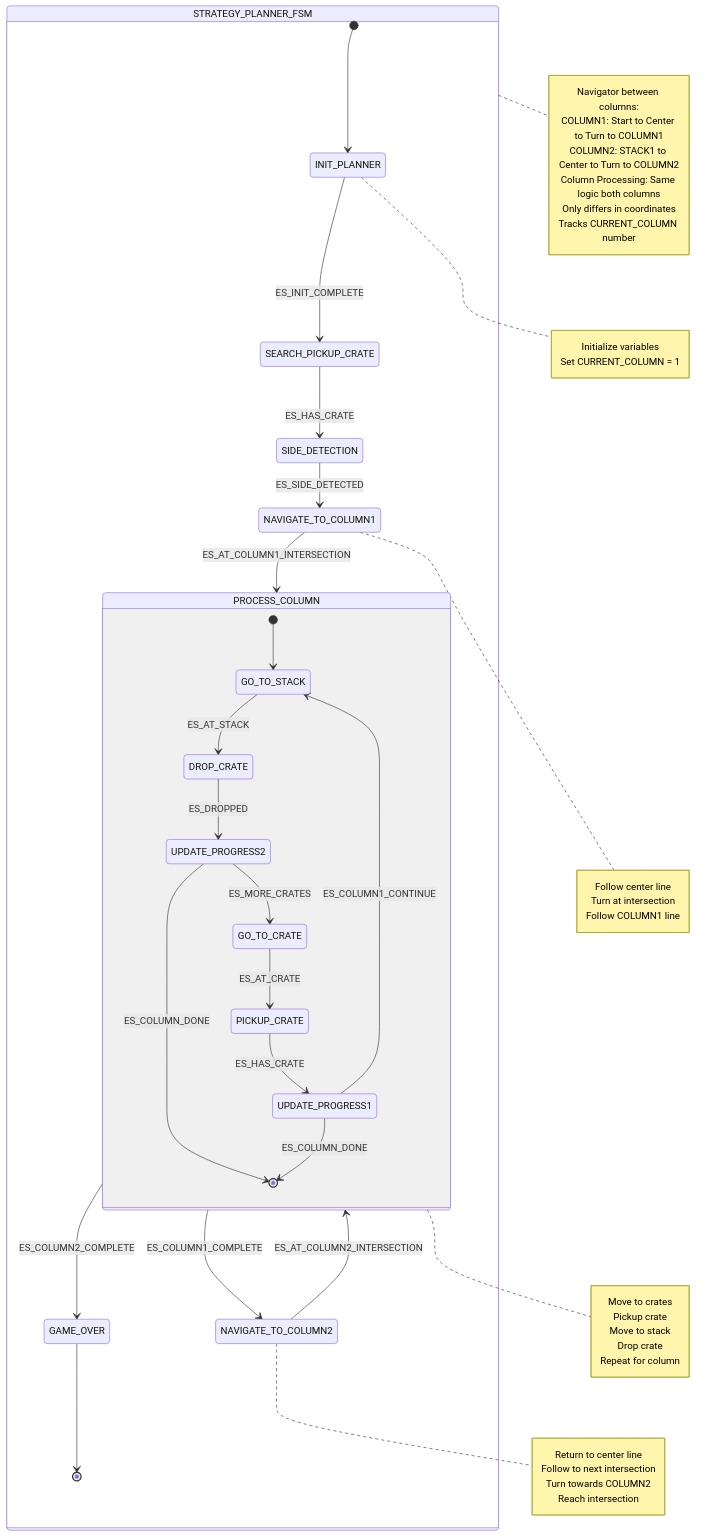
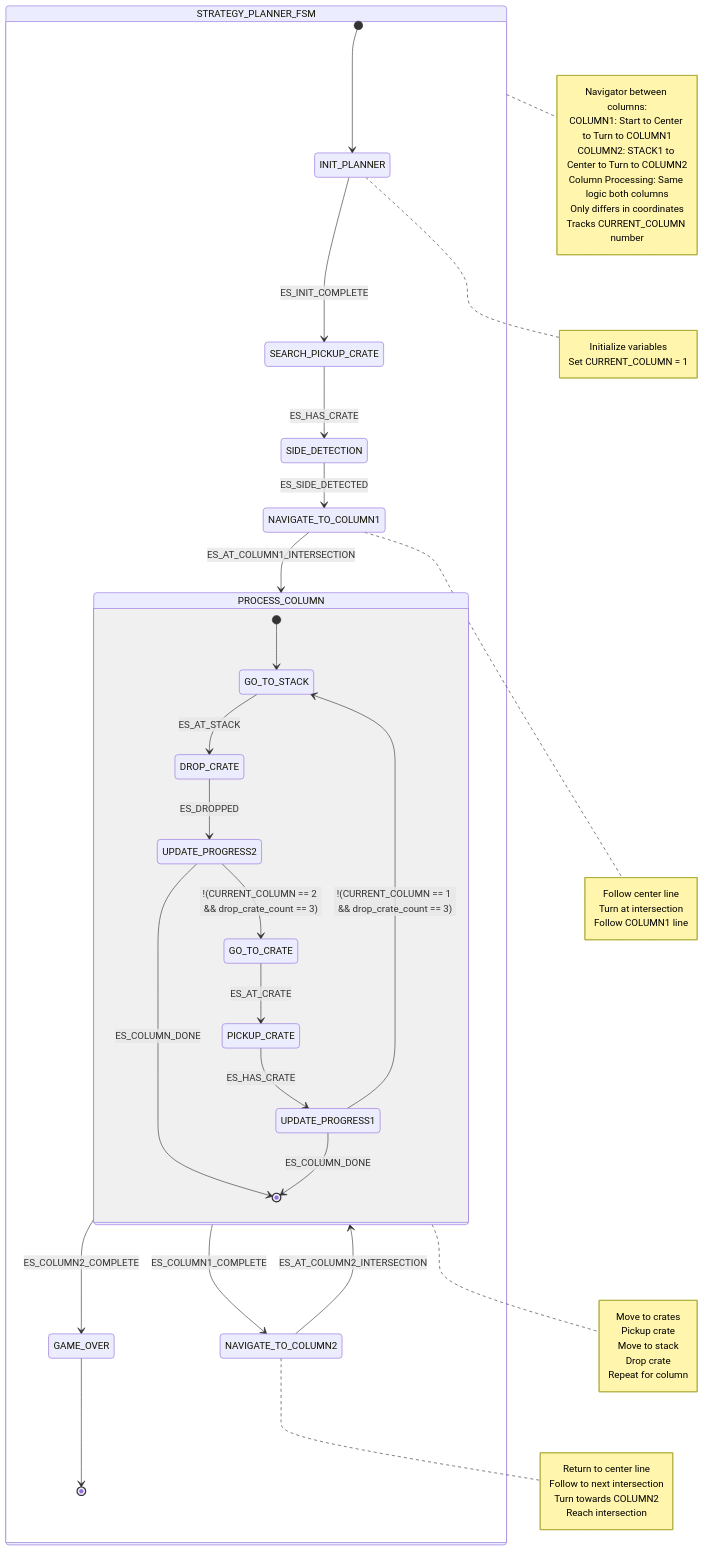
One commit to yuanzhedong/ME218-final changed the diagram in FSM/planner.md. Above: the diagram before and after it, drawn with Mermaid. The commit also changed 6 other files, not shown here.

````diff
--- a/FSM/planner.md
+++ b/FSM/planner.md
@@ -1,69 +1,69 @@
 ```mermaid
 stateDiagram-v2
     state "STRATEGY_PLANNER_FSM" as PLANNER_FSM {
         [*] --> INIT_PLANNER
         
         INIT_PLANNER --> SEARCH_PICKUP_CRATE: ES_INIT_COMPLETE
         SEARCH_PICKUP_CRATE --> SIDE_DETECTION: ES_HAS_CRATE
         SIDE_DETECTION --> NAVIGATE_TO_COLUMN1: ES_SIDE_DETECTED
         
         note right of INIT_PLANNER
             Initialize variables
             Set CURRENT_COLUMN = 1
         end note
 
         NAVIGATE_TO_COLUMN1 --> PROCESS_COLUMN: ES_AT_COLUMN1_INTERSECTION
         
         note right of NAVIGATE_TO_COLUMN1
             Follow center line
             Turn at intersection
             Follow COLUMN1 line
         end note
 
         state PROCESS_COLUMN {
             [*] --> GO_TO_STACK
             GO_TO_STACK --> DROP_CRATE: ES_AT_STACK
             DROP_CRATE --> UPDATE_PROGRESS2: ES_DROPPED
-            UPDATE_PROGRESS2 --> GO_TO_CRATE: ES_MORE_CRATES
+            UPDATE_PROGRESS2 --> GO_TO_CRATE: !(CURRENT_COLUMN == 2 && drop_crate_count == 3)
             GO_TO_CRATE --> PICKUP_CRATE: ES_AT_CRATE
 
             PICKUP_CRATE --> UPDATE_PROGRESS1: ES_HAS_CRATE
-            UPDATE_PROGRESS1 --> GO_TO_STACK: ES_COLUMN1_CONTINUE
+            UPDATE_PROGRESS1 --> GO_TO_STACK: !(CURRENT_COLUMN == 1 && drop_crate_count == 3)
 
             UPDATE_PROGRESS2 --> [*]: ES_COLUMN_DONE
             UPDATE_PROGRESS1 --> [*]: ES_COLUMN_DONE
         }
 
         PROCESS_COLUMN --> NAVIGATE_TO_COLUMN2: ES_COLUMN1_COMPLETE
         
         note right of PROCESS_COLUMN
             Move to crates
             Pickup crate
             Move to stack
             Drop crate
             Repeat for column
         end note
 
         NAVIGATE_TO_COLUMN2 --> PROCESS_COLUMN: ES_AT_COLUMN2_INTERSECTION
         
         note right of NAVIGATE_TO_COLUMN2
             Return to center line
             Follow to next intersection
             Turn towards COLUMN2
             Reach intersection
         end note
 
         PROCESS_COLUMN --> GAME_OVER: ES_COLUMN2_COMPLETE
         
         GAME_OVER --> [*]
     }
 
     note right of PLANNER_FSM
         Navigator between columns:
         COLUMN1: Start to Center to Turn to COLUMN1
         COLUMN2: STACK1 to Center to Turn to COLUMN2
         Column Processing: Same logic both columns
         Only differs in coordinates
         Tracks CURRENT_COLUMN number
     end note
 ```
````
